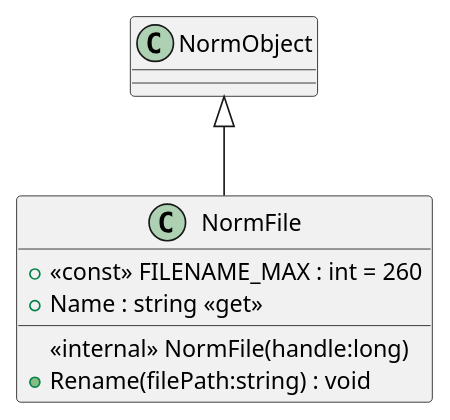
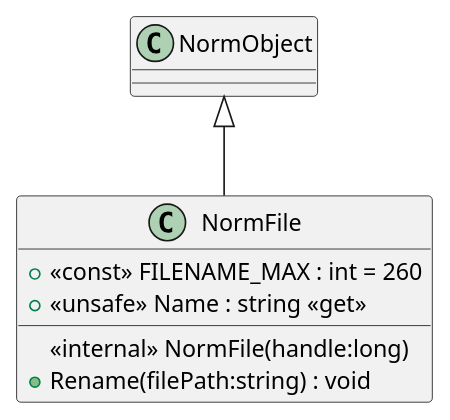
Before and after one commit to USNavalResearchLaboratory/norm: the diagram in src/dotnet/design/Mil/Navy/Nrl/Norm/NormFile.puml, drawn with PlantUML. The commit also changed 3 other files, not shown here.

```diff
--- a/src/dotnet/design/Mil/Navy/Nrl/Norm/NormFile.puml
+++ b/src/dotnet/design/Mil/Navy/Nrl/Norm/NormFile.puml
@@ -1,9 +1,9 @@
 @startuml
 class NormFile {
     + <<const>> FILENAME_MAX : int = 260
     <<internal>> NormFile(handle:long)
-    + Name : string <<get>>
+    + <<unsafe>> Name : string <<get>>
     + Rename(filePath:string) : void
 }
 NormObject <|-- NormFile
 @enduml
```
